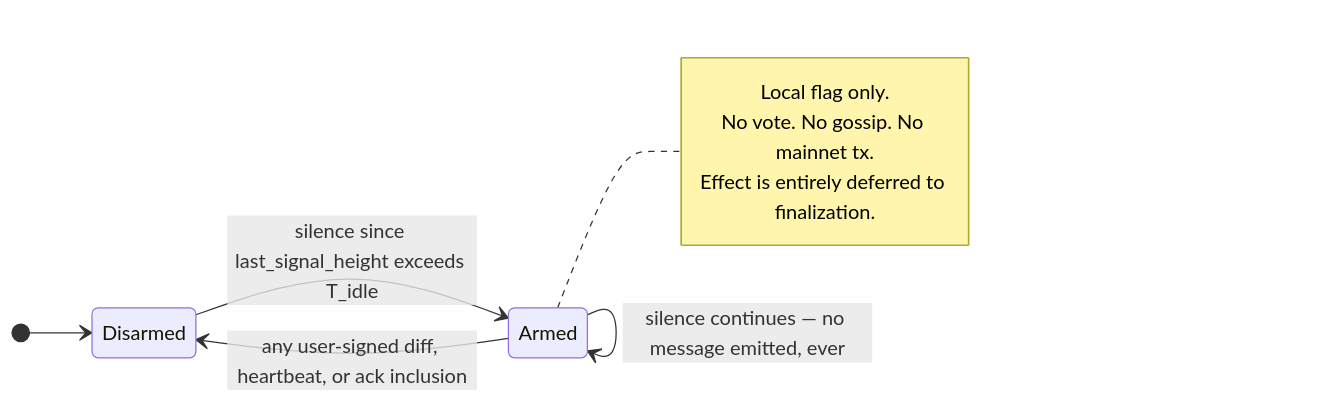
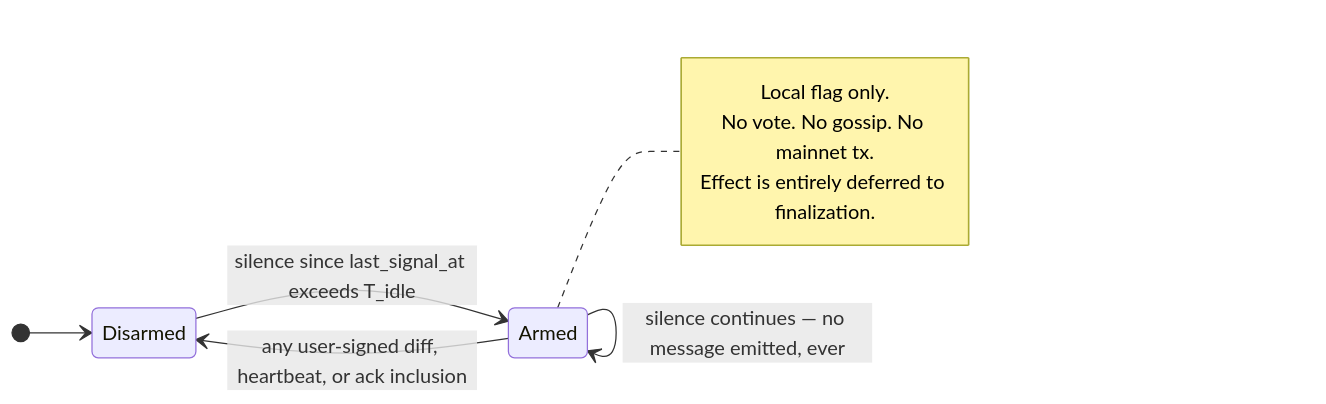
The sixth of 8 diagrams in devshard/docs/proposals/HEIGHT_SYNC_PROTOCOL_PROPOSAL.md (gonka-ai/gonka), drawn with Mermaid before and after one commit. The commit also changed other lines of this file and 45 other files, not shown here.

````diff
--- a/devshard/docs/proposals/HEIGHT_SYNC_PROTOCOL_PROPOSAL.md
+++ b/devshard/docs/proposals/HEIGHT_SYNC_PROTOCOL_PROPOSAL.md
@@ -932,13 +966,13 @@
 ```mermaid
 stateDiagram-v2
     direction LR
     [*] --> Disarmed
-    Disarmed --> Armed: silence since last_signal_height exceeds T_idle
+    Disarmed --> Armed: silence since last_signal_at exceeds T_idle
     Armed --> Disarmed: any user-signed diff, heartbeat, or ack inclusion
     Armed --> Armed: silence continues — no message emitted, ever
     note right of Armed
       Local flag only.
       No vote. No gossip. No mainnet tx.
       Effect is entirely deferred to finalization.
     end note
 ```
````
